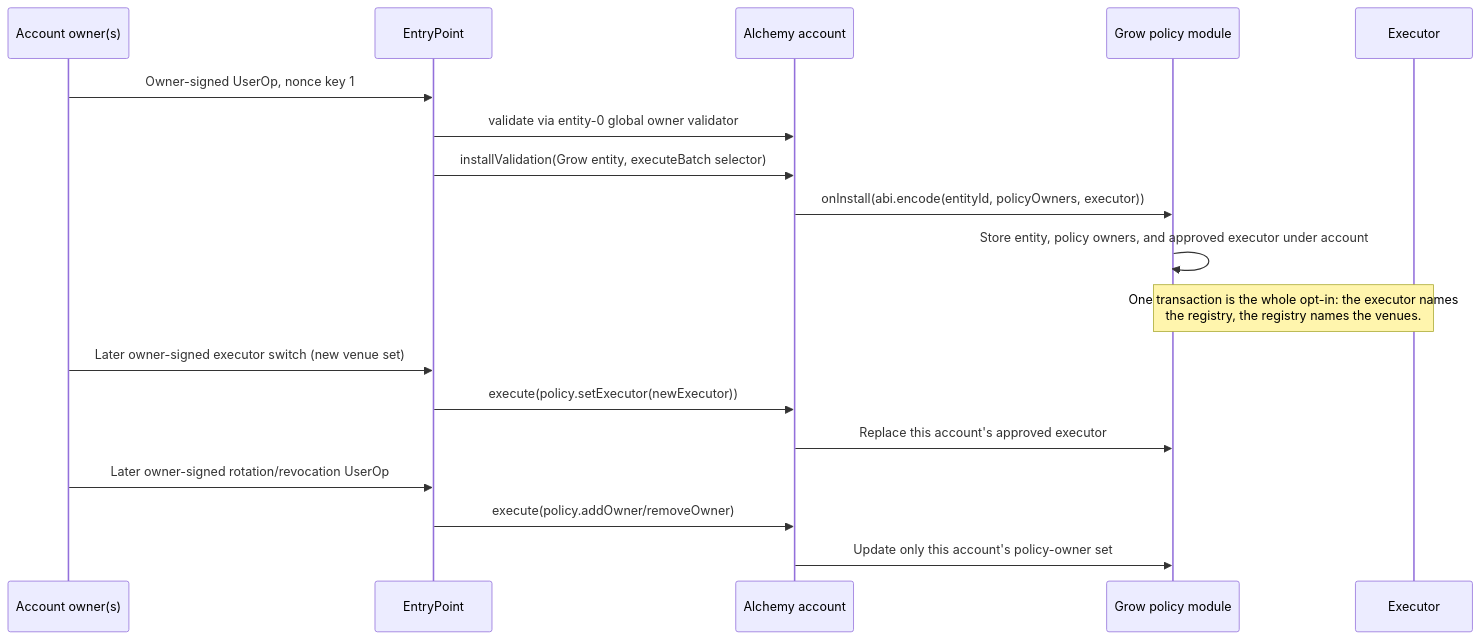
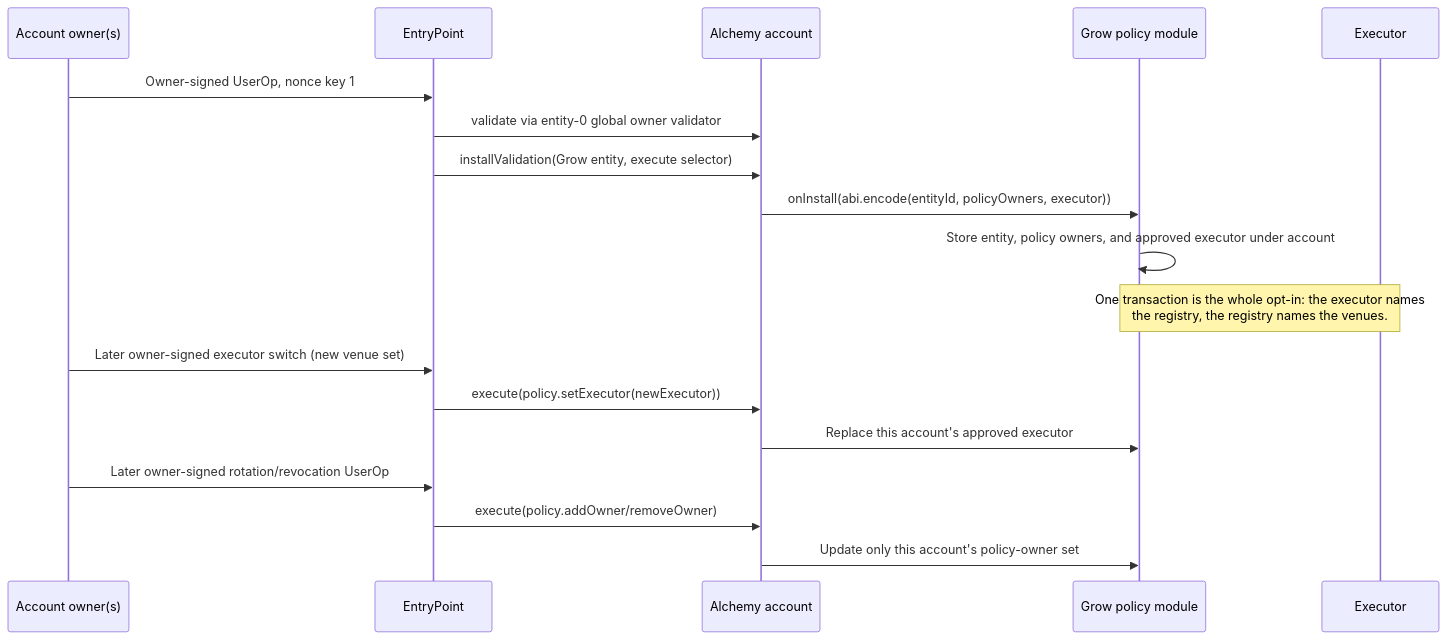
One commit to getgrowapp/smart-contracts changed the third of 4 diagrams in docs/ARCHITECTURE.md. Above: the diagram before and after it, drawn with Mermaid. The commit also changed other lines of this file and 18 other files, not shown here.

````diff
--- a/docs/ARCHITECTURE.md
+++ b/docs/ARCHITECTURE.md
@@ -510,23 +539,23 @@
 ```mermaid
 sequenceDiagram
     participant O as Account owner(s)
     participant EP as EntryPoint
     participant A as Alchemy account
     participant P as Grow policy module
     participant X as Executor
 
     O->>EP: Owner-signed UserOp, nonce key 1
     EP->>A: validate via entity-0 global owner validator
-    EP->>A: installValidation(Grow entity, executeBatch selector)
+    EP->>A: installValidation(Grow entity, execute selector)
     A->>P: onInstall(abi.encode(entityId, policyOwners, executor))
     P->>P: Store entity, policy owners, and approved executor under account
     Note over P,X: One transaction is the whole opt-in: the executor names<br/>the registry, the registry names the venues.
 
     O->>EP: Later owner-signed executor switch (new venue set)
     EP->>A: execute(policy.setExecutor(newExecutor))
     A->>P: Replace this account's approved executor
 
     O->>EP: Later owner-signed rotation/revocation UserOp
     EP->>A: execute(policy.addOwner/removeOwner)
     A->>P: Update only this account's policy-owner set
 ```
````
